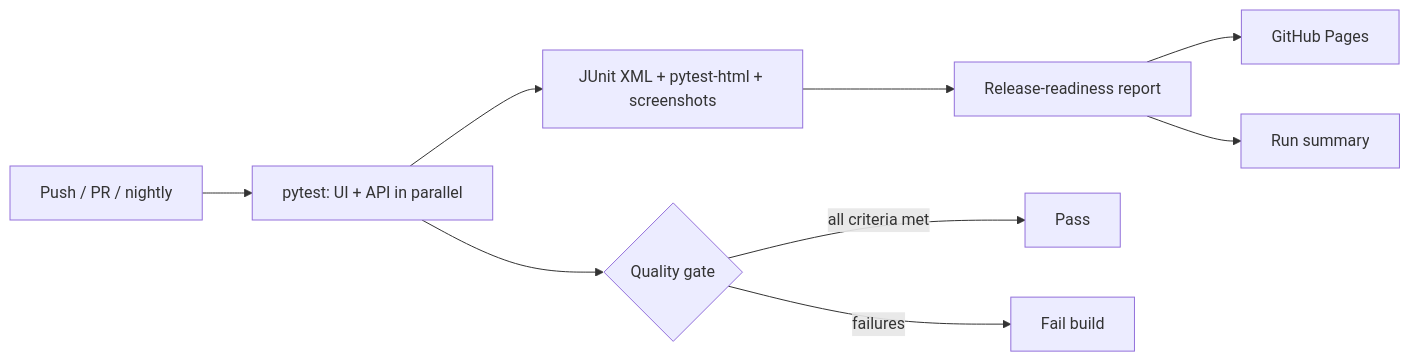
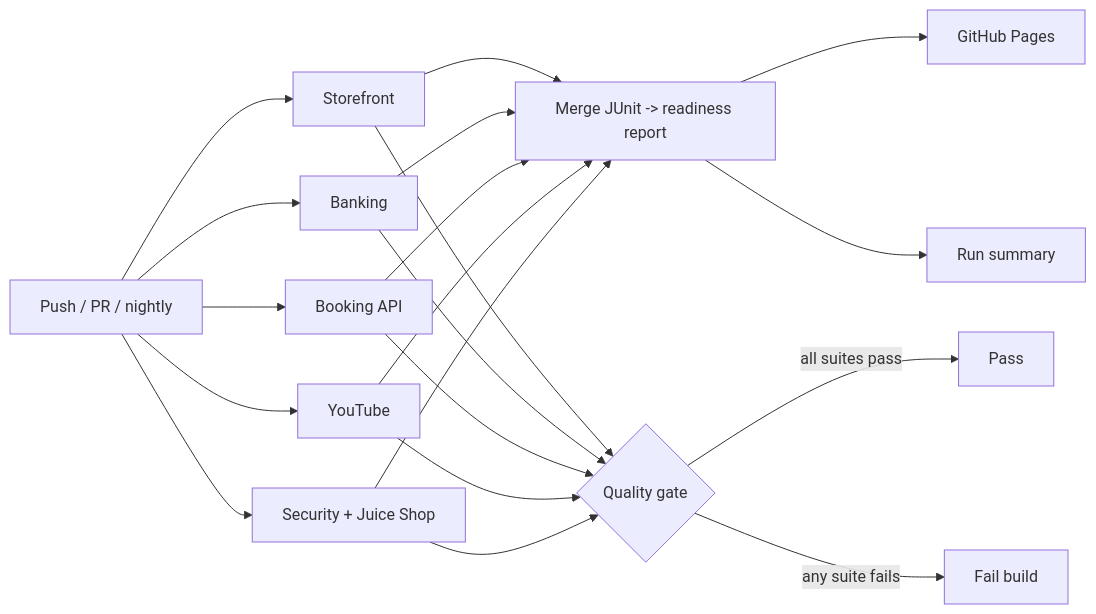
Before and after one commit to artysficial/sdet-automation-framework: the diagram in README.md, drawn with Mermaid. The commit also changed other lines of this file and 7 other files, not shown here.

````diff
--- a/README.md
+++ b/README.md
@@ -44,11 +47,14 @@
 ```mermaid
 flowchart LR
-    A[Push / PR / nightly] --> B[pytest: UI + API in parallel]
-    B --> C[JUnit XML + pytest-html + screenshots]
-    C --> D[Release-readiness report]
+    A[Push / PR / nightly] --> S1[Storefront]
+    A --> S2[Banking]
+    A --> S3[Booking API]
+    A --> S4[YouTube]
+    A --> S5[Security + Juice Shop]
+    S1 & S2 & S3 & S4 & S5 --> D[Merge JUnit -> readiness report]
     D --> E[GitHub Pages]
     D --> F[Run summary]
-    B --> G{Quality gate}
-    G -- all criteria met --> H[Pass]
-    G -- failures --> I[Fail build]
+    S1 & S2 & S3 & S4 & S5 --> G{Quality gate}
+    G -- all suites pass --> H[Pass]
+    G -- any suite fails --> I[Fail build]
 ```
````
